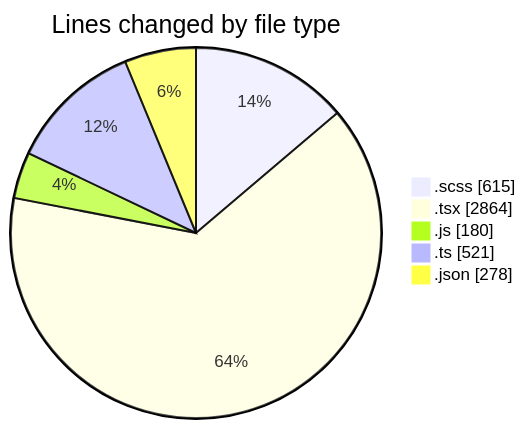
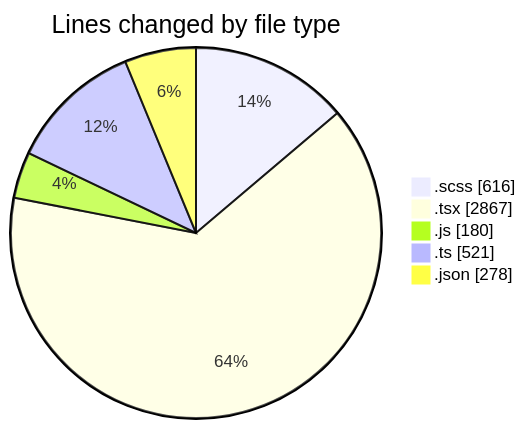
Before and after one commit to momahboobian/code-tracking: the first of 2 diagrams in 2026-08-10/cda/README.md, drawn with Mermaid. The commit also changed other lines of this file and 1 other file, not shown here.

````diff
--- a/2026-08-10/cda/README.md
+++ b/2026-08-10/cda/README.md
@@ -32,9 +32,9 @@
 ```mermaid
 pie showData
 title Lines changed by file type
-".scss" : 615
-".tsx" : 2864
+".scss" : 616
+".tsx" : 2867
 ".js" : 180
 ".ts" : 521
 ".json" : 278
 ```
````
